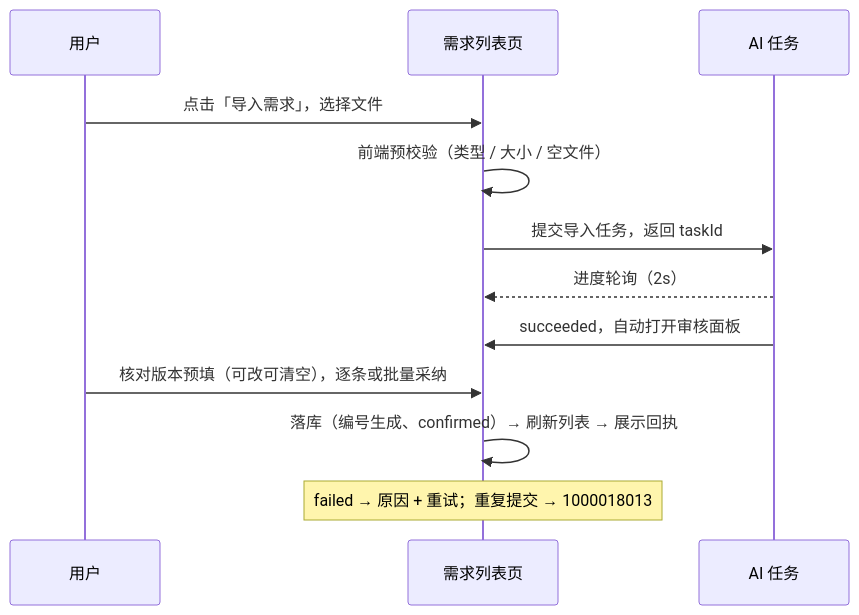
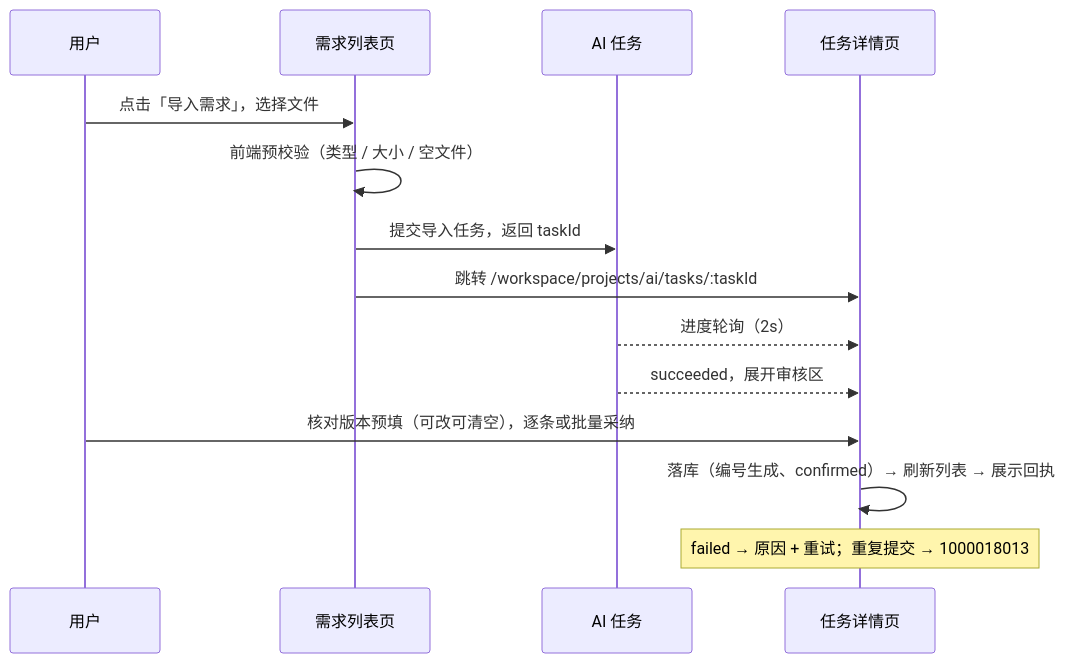
The first of 2 diagrams in docs/05-interaction-design/06-requirement-management/02-requirement-ui.md (XiaoMiSum/robotest), drawn with Mermaid before and after one commit. The commit also changed other lines of this file and 3 other files, not shown here.

````diff
--- a/docs/05-interaction-design/06-requirement-management/02-requirement-ui.md
+++ b/docs/05-interaction-design/06-requirement-management/02-requirement-ui.md
@@ -163,14 +163,16 @@
 ```mermaid
 sequenceDiagram
   participant U as 用户
   participant P as 需求列表页
   participant T as AI 任务
+  participant D as 任务详情页
   U->>P: 点击「导入需求」，选择文件
   P->>P: 前端预校验（类型 / 大小 / 空文件）
   P->>T: 提交导入任务，返回 taskId
-  T-->>P: 进度轮询（2s）
-  T->>P: succeeded，自动打开审核面板
-  U->>P: 核对版本预填（可改可清空），逐条或批量采纳
-  P->>P: 落库（编号生成、confirmed）→ 刷新列表 → 展示回执
-  Note over P: failed → 原因 + 重试；重复提交 → 1000018013
+  P->>D: 跳转 /workspace/projects/ai/tasks/:taskId
+  T-->>D: 进度轮询（2s）
+  T-->>D: succeeded，展开审核区
+  U->>D: 核对版本预填（可改可清空），逐条或批量采纳
+  D->>D: 落库（编号生成、confirmed）→ 刷新列表 → 展示回执
+  Note over D: failed → 原因 + 重试；重复提交 → 1000018013
 ```
````
